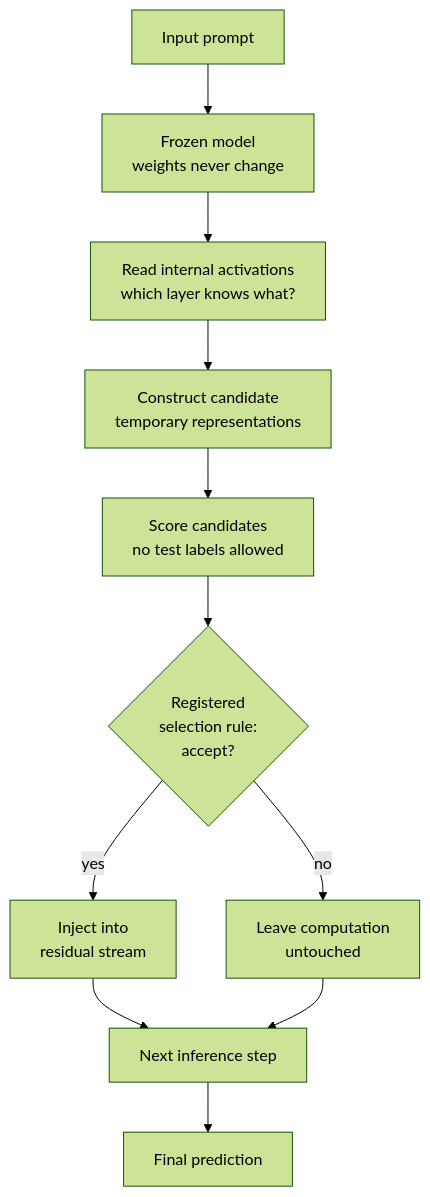
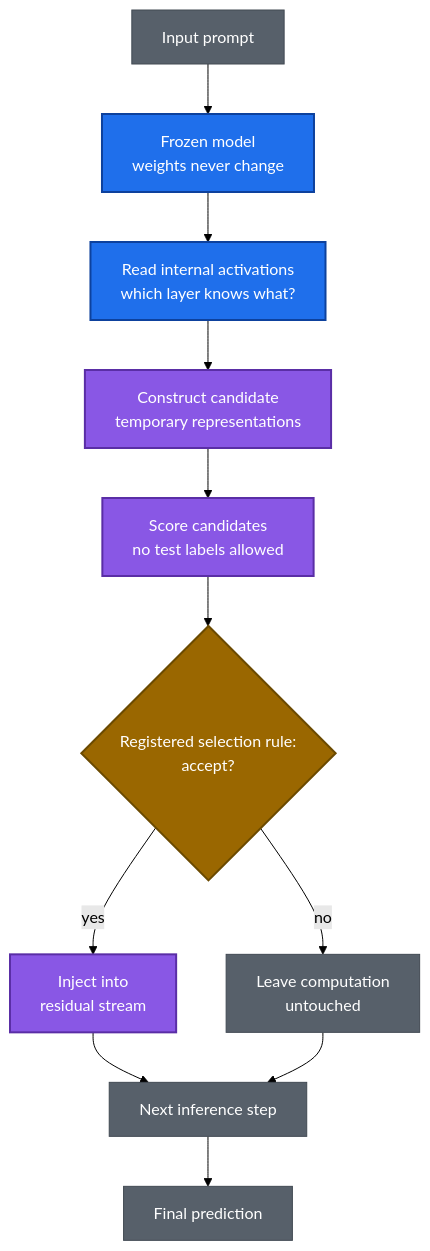
Before and after one commit to anilkumara9/SCBI: the first of 5 diagrams in README.md, drawn with Mermaid (forest theme). The commit also changed other lines of this file, not shown here.

Commit message:
docs: README v3 — why-it-matters, math-explained, colored diagrams (founder order 2026-09-25)

````diff
--- a/README.md
+++ b/README.md
@@ -31,13 +57,21 @@
 ```mermaid
 flowchart TD
     A["Input prompt"] --> B["Frozen model<br/>weights never change"]
     B --> C["Read internal activations<br/>which layer knows what?"]
     C --> D["Construct candidate<br/>temporary representations"]
     D --> E["Score candidates<br/>no test labels allowed"]
-    E --> F{"Registered<br/>selection rule:<br/>accept?"}
+    E --> F{"Registered selection rule:<br/>accept?"}
     F -- "yes" --> G["Inject into<br/>residual stream"]
     F -- "no" --> H["Leave computation<br/>untouched"]
     G --> I["Next inference step"]
     H --> I
     I --> J["Final prediction"]
+    classDef frozen fill:#1f6feb,stroke:#0d419d,color:#fff,stroke-width:2px
+    classDef action fill:#8957e5,stroke:#5a2ea6,color:#fff,stroke-width:2px
+    classDef decision fill:#9a6700,stroke:#6b4a00,color:#fff,stroke-width:2px
+    classDef neutral fill:#57606a,stroke:#424a53,color:#fff
+    class B,C frozen
+    class D,E,G action
+    class F decision
+    class A,H,I,J neutral
 ```
````
